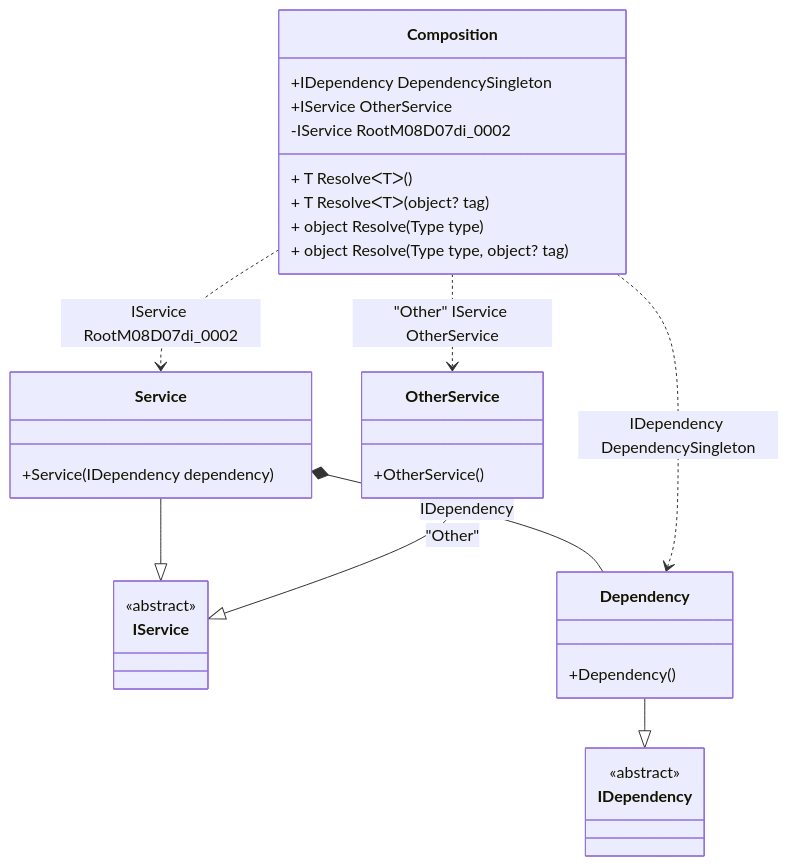
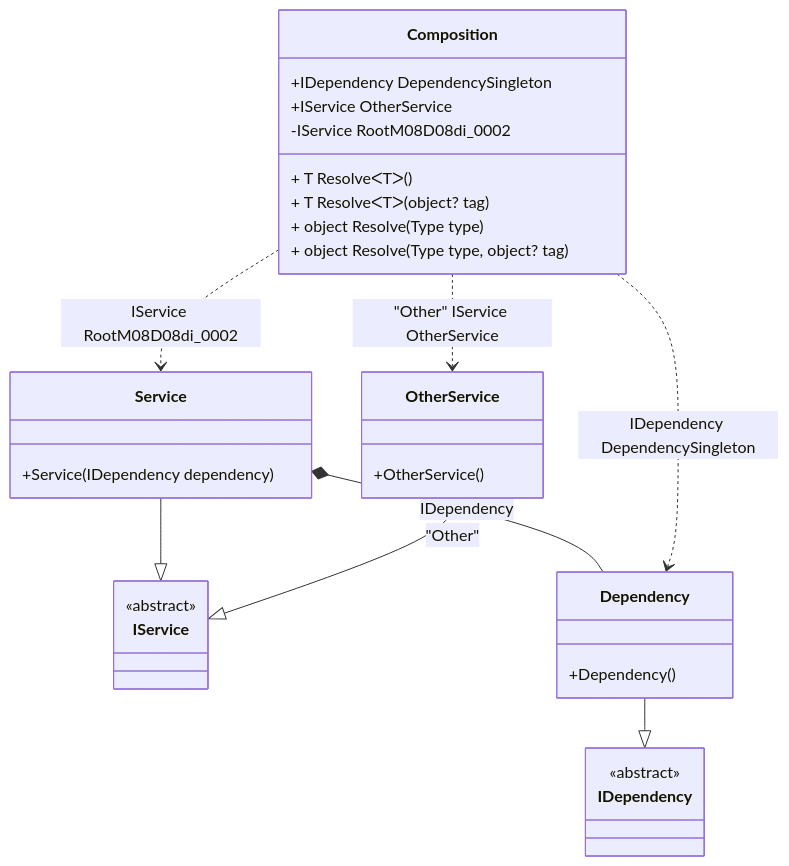
One commit to DevTeam/Pure.DI changed the diagram in readme/resolve-methods.md. Above: the diagram before and after it, drawn with Mermaid. The commit also changed 10 other files, not shown here.

````diff
--- a/readme/resolve-methods.md
+++ b/readme/resolve-methods.md
@@ -47,34 +47,34 @@
 ```mermaid
 classDiagram
   class Composition {
     +IDependency DependencySingleton
     +IService OtherService
-    -IService RootM08D07di_0002
+    -IService RootM08D08di_0002
     + T ResolveᐸTᐳ()
     + T ResolveᐸTᐳ(object? tag)
     + object Resolve(Type type)
     + object Resolve(Type type, object? tag)
   }
   Service --|> IService : 
   class Service {
     +Service(IDependency dependency)
   }
   Dependency --|> IDependency : 
   class Dependency {
     +Dependency()
   }
   OtherService --|> IService : "Other" 
   class OtherService {
     +OtherService()
   }
   class IService {
     <<abstract>>
   }
   class IDependency {
     <<abstract>>
   }
   Service *--  Dependency : IDependency
   Composition ..> Dependency : IDependency DependencySingleton
-  Composition ..> Service : IService RootM08D07di_0002
+  Composition ..> Service : IService RootM08D08di_0002
   Composition ..> OtherService : "Other" IService OtherService
 ```
````
